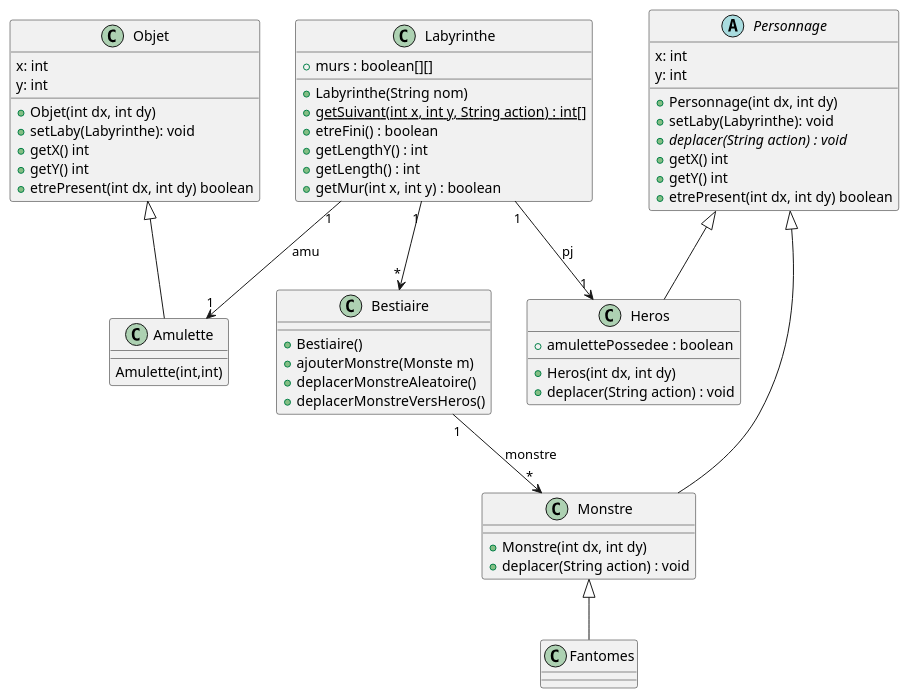
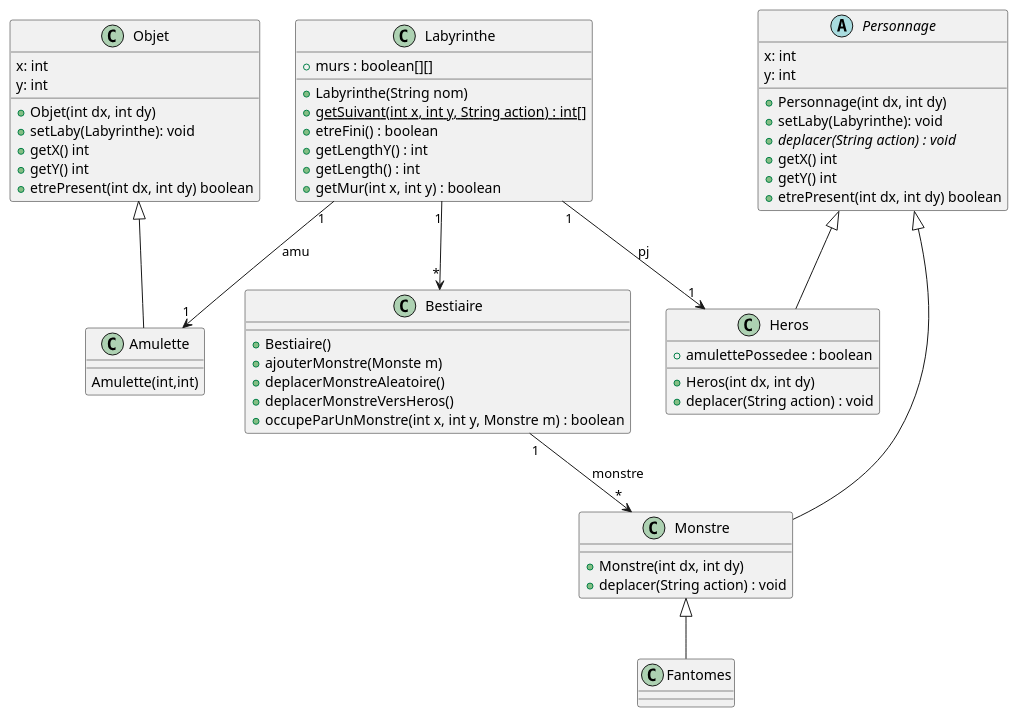
Before and after one commit to crochetremi/2025_Zeldiablo2_e20157u_e82008u_e89209u_e26078u: the diagram in documents/version_4/DC_Bestiaire.puml, drawn with PlantUML.

Commit message:
ajout de la methode occupeParUnMonstre dans le diagramme de classe Bestiaire

```diff
--- a/documents/version_4/DC_Bestiaire.puml
+++ b/documents/version_4/DC_Bestiaire.puml
@@ -1,163 +1,164 @@
 @startuml
 
 
 
     /'interface Jeu {
             +update(double secondes, Clavier clavier) : void
             +etreFini() : boolean
     }'/
 
     /'class Main {
         +{static} main(String[] args) : void
     }'/
 
     /'class MainLaby {
         +{static} main(String[] args) : void
     }'/
 
     /'class LabyJeu {
         '+laby : Labyrinthe
         +perso : Personnage
         +monstre : Personnage
         +LabyJeu():
         +LabyJeu(String):
         +update(double secondes, Clavier clavier) : void
         +init() : void
         +etreFini() : boolean
     }'/
 
     /'class LabyDessin {
         +dessinerJeu(Jeu jeu, Canvas canvas) : void
     }'/
 
     class Labyrinthe {
         /'
         +{static} MUR : char = 'X'
         +{static} PJ : char = 'P'
         +{static} M : char = 'M'
         +{static} VIDE : char = '.'
         +{static} HAUT : String = "Haut"
         +{static} BAS : String = "Bas"
         +{static} GAUCHE : String = "Gauche"
         +{static} DROITE : String = "Droite"
         '/
         +murs : boolean[][]
         +Labyrinthe(String nom)
         +{static} getSuivant(int x, int y, String action) : int[]
         +etreFini() : boolean
         +getLengthY() : int
         +getLength() : int
         +getMur(int x, int y) : boolean
     }
 
     class Bestiaire {
         +Bestiaire()
         +ajouterMonstre(Monste m)
         +deplacerMonstreAleatoire()
         +deplacerMonstreVersHeros()
+        +occupeParUnMonstre(int x, int y, Monstre m) : boolean
     }
 
     abstract class Personnage {
         x: int
         y: int
         +Personnage(int dx, int dy)
         +setLaby(Labyrinthe): void
         +{abstract} deplacer(String action) : void
         +getX() int
         +getY() int
         +etrePresent(int dx, int dy) boolean
     }
 
 
 
     class Heros {
         + amulettePossedee : boolean
         +Heros(int dx, int dy)
         +deplacer(String action) : void
     }
 
     class Monstre {
         +Monstre(int dx, int dy)
         +deplacer(String action) : void
     }
 
     class Fantomes{
     }
 
     class Objet{
         x: int
         y: int
         +Objet(int dx, int dy)
         +setLaby(Labyrinthe): void
         +getX() int
         +getY() int
         +etrePresent(int dx, int dy) boolean
     }
 
     class Amulette{
         Amulette(int,int)
     }
 
 
 package "moteurJeu" {
     interface Jeu {
         +update(double secondes, Clavier clavier) : void
         +etreFini() : boolean
     }
 
     interface DessinJeu {
         +dessinerJeu(Jeu jeu, Canvas canvas) : void
     }
 
     class Clavier {
         +bas : boolean
         +haut : boolean
         +gauche : boolean
         +droite : boolean
     }
 
     class MoteurJeu {
         +{static} setTaille(int width, int height) : void
         +{static} setFPS(int fps) : void
         +{static} launch(Jeu jeu, DessinJeu dessin) : void
     }
 }
 
 ' Relations
 /'Jeu <|.. LabyJeu
 DessinJeu <|.. LabyDessin
 
 Labyrinthe --> Monstre
 Labyrinthe --> Heros
 
 
 LabyJeu --> Labyrinthe : contains
 Personnage <|-- Heros
 Personnage <|-- Monstre
 Labyrinthe --> Personnage
 
 
 Main ..> Labyrinthe : uses
 MainLaby ..> LabyJeu : creates
 MainLaby ..> LabyDessin : creates
 MainLaby ..> MoteurJeu : uses
 
 LabyJeu ..> Clavier : uses
 LabyDessin ..> LabyJeu : uses
 '/
 
 Labyrinthe "1" --> "*" Bestiaire
 Bestiaire "1" --> "*" Monstre : monstre
 Labyrinthe "1" --> "1" Heros : pj
 Labyrinthe "1" --> "1" Amulette : amu
 
 Personnage <|-- Heros
 Personnage <|-- Monstre
 Monstre <|-- Fantomes
 Objet <|-- Amulette
 
 
 
 remove moteurJeu
 
 @enduml
```
